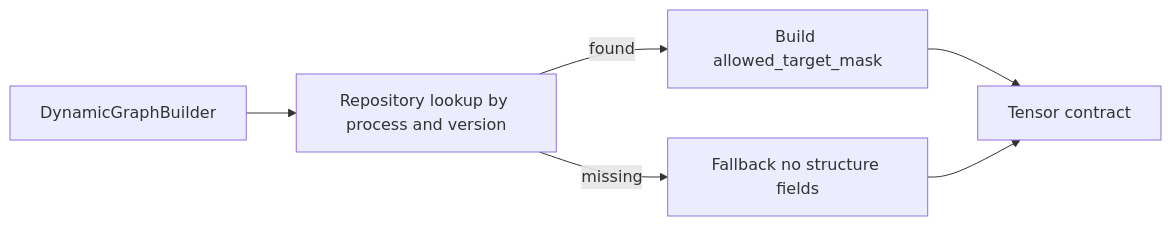
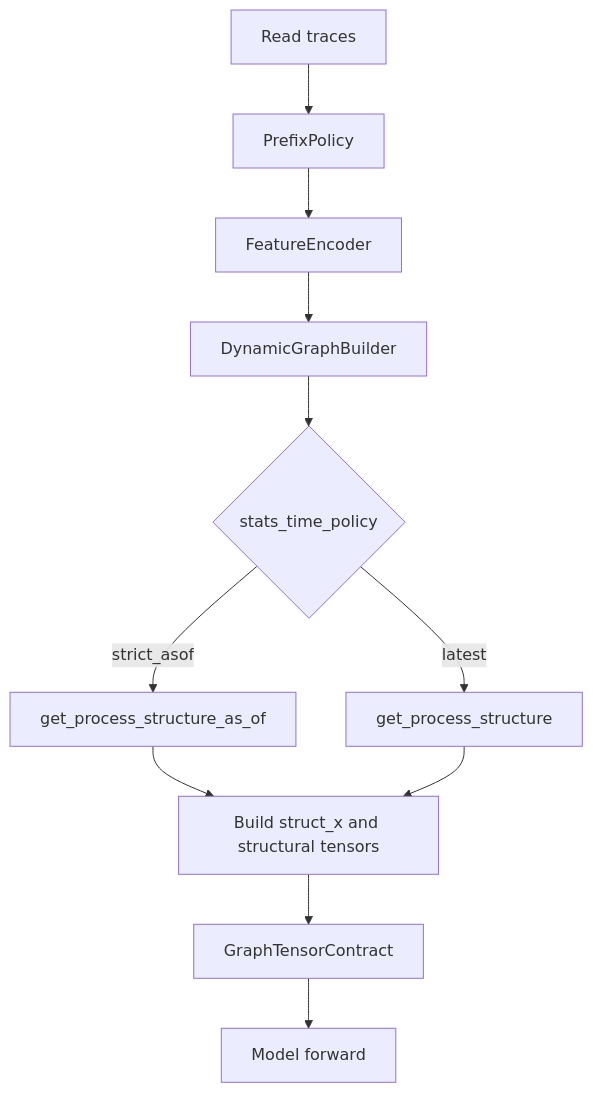
One commit to ghsrg/bpm_prediction changed the fourth of 5 diagrams in docs/DATA_FLOWS_MVP2_5.MD. Above: the diagram before and after it, drawn with Mermaid. The commit also changed other lines of this file and 21 other files, not shown here.

````diff
--- a/docs/DATA_FLOWS_MVP2_5.MD
+++ b/docs/DATA_FLOWS_MVP2_5.MD
@@ -48,8 +43,13 @@
 ```mermaid
-flowchart LR
-    G[DynamicGraphBuilder] --> K[Repository lookup by process and version]
-    K -->|found| S[Build allowed_target_mask]
-    K -->|missing| F[Fallback no structure fields]
-    S --> T[Tensor contract]
-    F --> T
+flowchart TD
+    D1[Read traces] --> D2[PrefixPolicy]
+    D2 --> D3[FeatureEncoder]
+    D3 --> D4[DynamicGraphBuilder]
+    D4 --> D5{stats_time_policy}
+    D5 -->|strict_asof| D6[get_process_structure_as_of]
+    D5 -->|latest| D7[get_process_structure]
+    D6 --> D8[Build struct_x and structural tensors]
+    D7 --> D8
+    D8 --> D9[GraphTensorContract]
+    D9 --> D10[Model forward]
 ```
````
